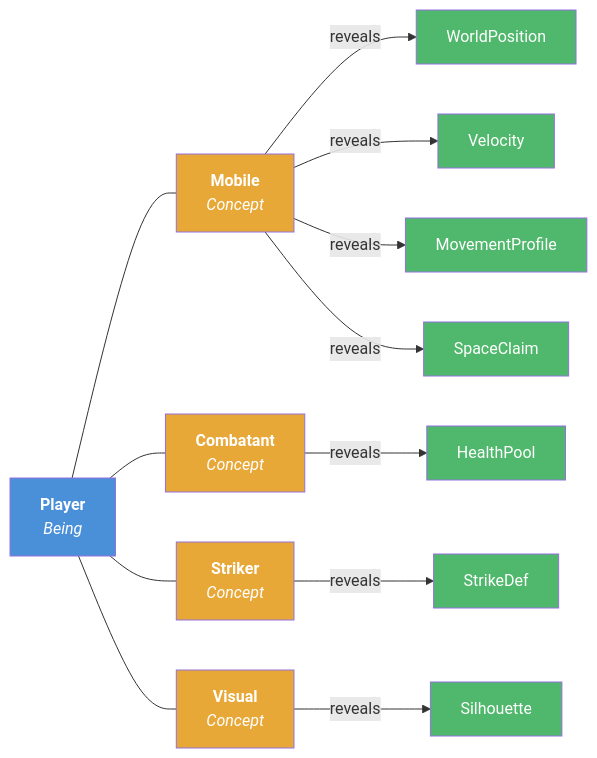
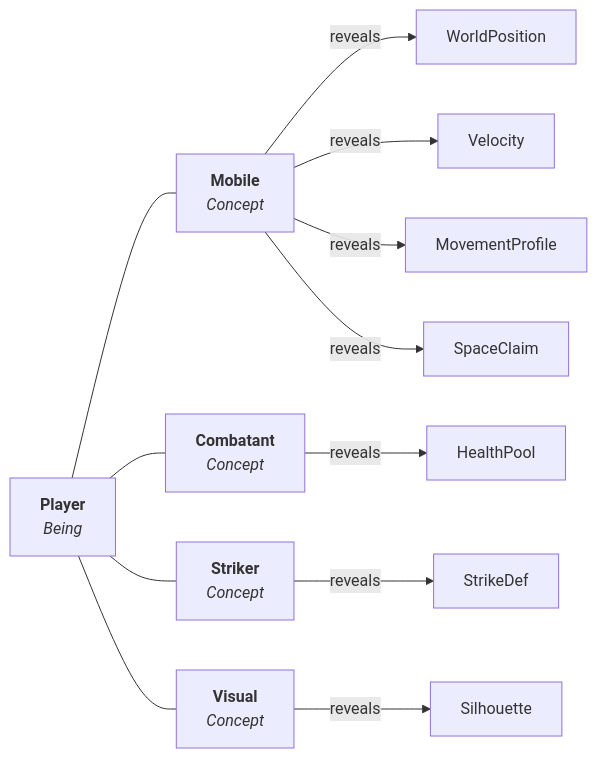
One commit to fm39hz/fm39hz-blogs changed the fifth of 21 diagrams in src/content/articles/another-way-to-engineer-a-game.md. Above: the diagram before and after it, drawn with Mermaid. The commit also changed other lines of this file, not shown here.

````diff
--- a/src/content/articles/another-way-to-engineer-a-game.md
+++ b/src/content/articles/another-way-to-engineer-a-game.md
@@ -152,43 +150,30 @@
 ```mermaid
 graph LR
     Player["<b>Player</b><br/><i>Being</i>"]
 
     Mobile["<b>Mobile</b><br/><i>Concept</i>"]
     Combatant["<b>Combatant</b><br/><i>Concept</i>"]
     Striker["<b>Striker</b><br/><i>Concept</i>"]
     Visual["<b>Visual</b><br/><i>Concept</i>"]
 
     WP["WorldPosition"]
     Vel["Velocity"]
     MP["MovementProfile"]
     SC["SpaceClaim"]
     HP["HealthPool"]
     SD["StrikeDef"]
     Sil["Silhouette"]
 
     Player --- Mobile
     Player --- Combatant
     Player --- Striker
     Player --- Visual
 
     Mobile -- reveals --> WP
     Mobile -- reveals --> Vel
     Mobile -- reveals --> MP
     Mobile -- reveals --> SC
     Combatant -- reveals --> HP
     Striker -- reveals --> SD
     Visual -- reveals --> Sil
-
-    style Player fill:#4a90d9,color:#fff
-    style Mobile fill:#e8a838,color:#fff
-    style Combatant fill:#e8a838,color:#fff
-    style Striker fill:#e8a838,color:#fff
-    style Visual fill:#e8a838,color:#fff
-    style WP fill:#50b86c,color:#fff
-    style Vel fill:#50b86c,color:#fff
-    style MP fill:#50b86c,color:#fff
-    style SC fill:#50b86c,color:#fff
-    style HP fill:#50b86c,color:#fff
-    style SD fill:#50b86c,color:#fff
-    style Sil fill:#50b86c,color:#fff
 ```
````
